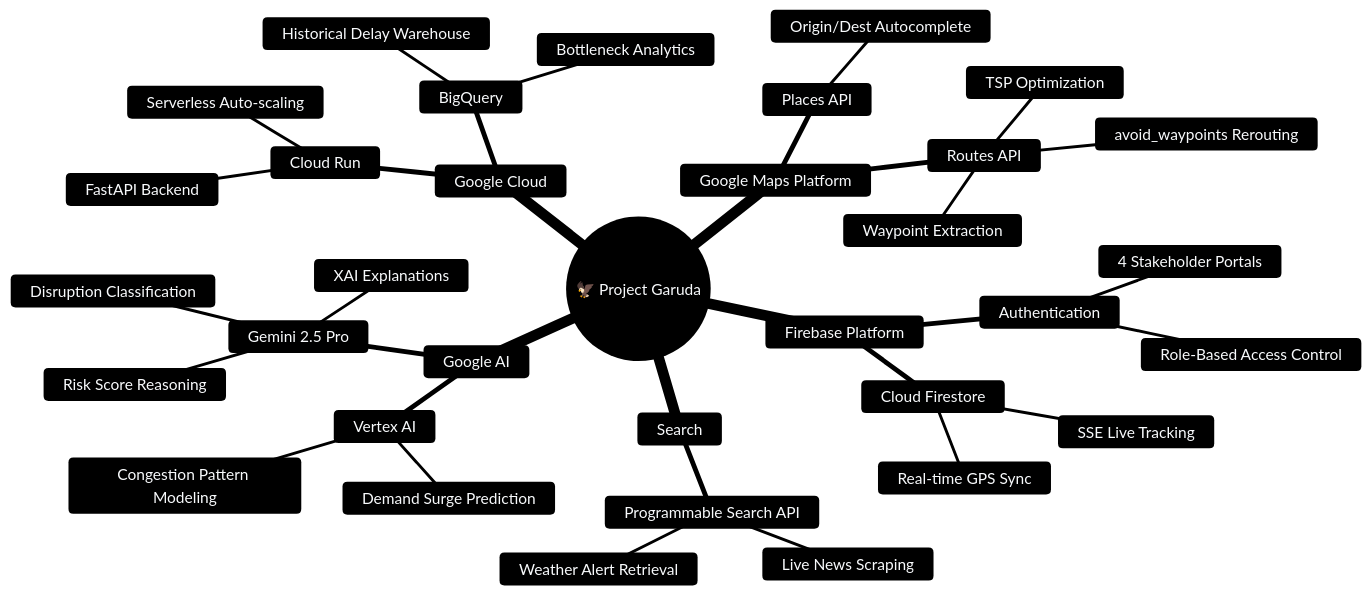
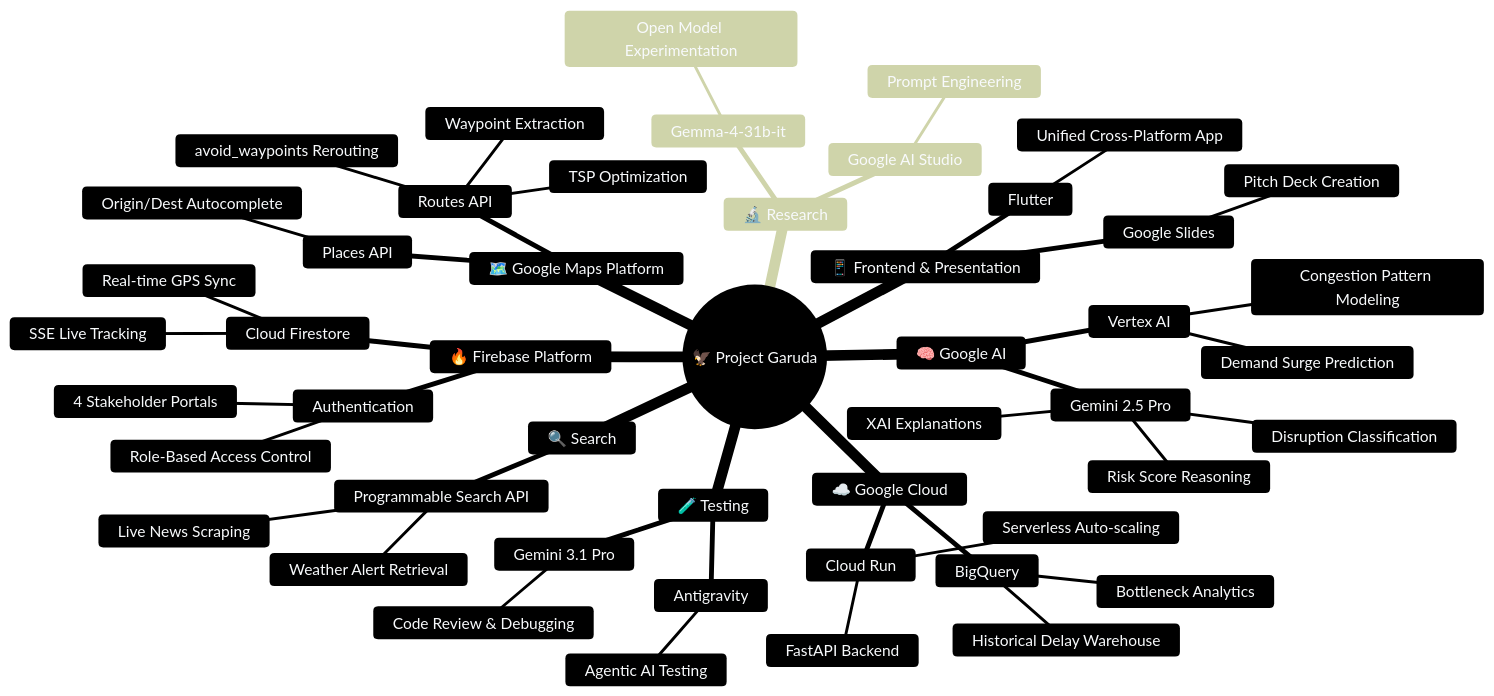
One commit to TechNoSena/Garuda changed the fifth of 6 diagrams in readme.md. Above: the diagram before and after it, drawn with Mermaid. The commit also changed other lines of this file and 17 other files, not shown here.

````diff
--- a/readme.md
+++ b/readme.md
@@ -359,38 +395,53 @@
 ```mermaid
 %%{init: {"theme": "base", "themeVariables": {"primaryColor": "#1E293B", "primaryTextColor": "#F8FAFC", "lineColor": "#64748B"}}}%%
 mindmap
   root((🦅 Project Garuda))
-    Google AI
+    🧠 Google AI
       Gemini 2.5 Pro
         Risk Score Reasoning
         XAI Explanations
         Disruption Classification
       Vertex AI
         Demand Surge Prediction
         Congestion Pattern Modeling
-    Google Cloud
+    ☁️ Google Cloud
       Cloud Run
         FastAPI Backend
         Serverless Auto-scaling
       BigQuery
         Historical Delay Warehouse
         Bottleneck Analytics
-    Google Maps Platform
+    🗺️ Google Maps Platform
       Routes API
         Waypoint Extraction
         avoid_waypoints Rerouting
         TSP Optimization
       Places API
         Origin/Dest Autocomplete
-    Firebase Platform
+    🔥 Firebase Platform
       Authentication
         Role-Based Access Control
         4 Stakeholder Portals
       Cloud Firestore
         Real-time GPS Sync
         SSE Live Tracking
-    Search
+    🔍 Search
       Programmable Search API
         Live News Scraping
         Weather Alert Retrieval
+    📱 Frontend & Presentation
+      Flutter
+        Unified Cross-Platform App
+      Google Slides
+        Pitch Deck Creation
+    🧪 Testing
+      Antigravity
+        Agentic AI Testing
+      Gemini 3.1 Pro
+        Code Review & Debugging
+    🔬 Research
+      Google AI Studio
+        Prompt Engineering
+      Gemma-4-31b-it
+        Open Model Experimentation
 ```
````
